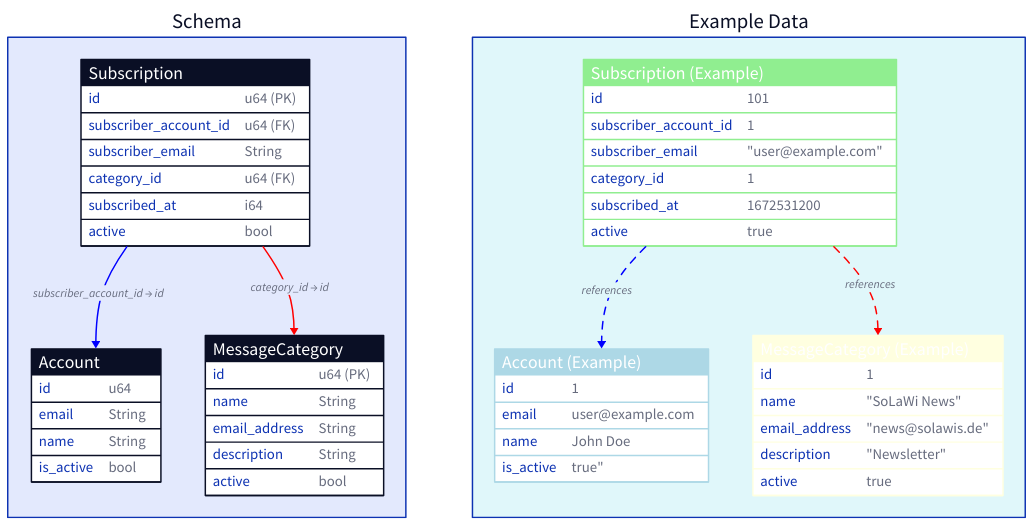
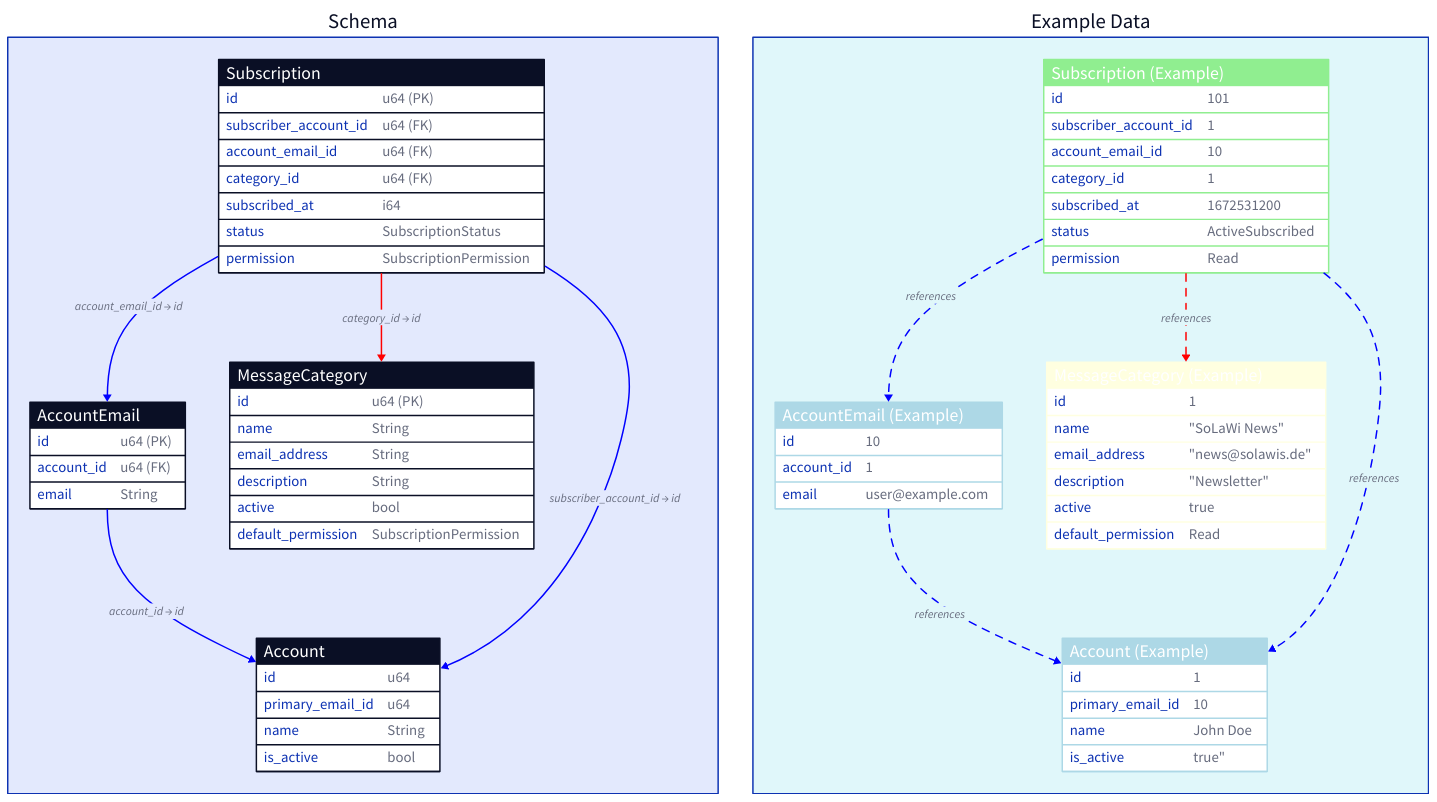
Before and after one commit to enaut/kommunikationszentrum: the diagram in docs/src/email/subscriptions-relationships.d2, drawn with D2. The commit also changed 94 other files, not shown here.

```diff
--- a/docs/src/email/subscriptions-relationships.d2
+++ b/docs/src/email/subscriptions-relationships.d2
@@ -1,75 +1,106 @@
 direction: down
 
 Schema: {
   account: "Account" {
     shape: sql_table
     id: u64
-    email: String
+    primary_email_id: u64
     name: String
     is_active: bool
+  }
+  account_emails: "AccountEmail" {
+    shape: sql_table
+    id: u64 (PK)
+    account_id: u64 (FK)
+    email: String
   }
   subscriptions: "Subscription" {
     shape: sql_table
     id: u64 (PK)
     subscriber_account_id: u64 (FK)
-    subscriber_email: String
+    account_email_id: u64 (FK)
     category_id: u64 (FK)
     subscribed_at: i64
-    active: bool
+    status: SubscriptionStatus
+    permission: SubscriptionPermission
   }
   categories: "MessageCategory" {
     shape: sql_table
     id: u64 (PK)
     name: String
     email_address: String
     description: String
     active: bool
+    default_permission: SubscriptionPermission
   }
 
+  account_emails.account_id -> account.id: "account_id → id" {
+    style.stroke: blue
+  }
   subscriptions.subscriber_account_id -> account.id: "subscriber_account_id → id" {
+    style.stroke: blue
+  }
+  subscriptions.account_email_id -> account_emails.id: "account_email_id → id" {
     style.stroke: blue
   }
   subscriptions.category_id -> categories.id: "category_id → id" {
     style.stroke: red
   }
 }
 
 example_data: "Example Data" {
   style.fill: "#e0f7fa"
   account_example: "Account (Example)" {
     shape: sql_table
     style.fill: lightblue
     id: 1
-    email: "user@example.com"
+    primary_email_id: 10
     name: "John Doe"
     is_active: true"
+  }
+  account_email_example: "AccountEmail (Example)" {
+    shape: sql_table
+    style.fill: lightblue
+    id: 10
+    account_id: 1
+    email: "user@example.com"
   }
   subscription_example: "Subscription (Example)" {
     style.fill: lightgreen
     shape: sql_table
     id: 101
     subscriber_account_id: 1
-    subscriber_email: \"user@example.com\"
+    account_email_id: 10
     category_id: 1
     subscribed_at: 1672531200
-    active: true
+    status: ActiveSubscribed
+    permission: Read
   }
   category_example: "MessageCategory (Example)" {
     shape: sql_table
     style.fill: lightyellow
     id: 1
     name: \"SoLaWi News\"
     email_address: \"news@solawis.de\"
     description: \"Newsletter\"
     active: true
+    default_permission: Read
   }
 
+  account_email_example.account_id -> account_example.id: "references" {
+    style.stroke: blue
+    style.stroke-dash: 5
+  }
   subscription_example.subscriber_account_id -> account_example.id: "references" {
+    style.stroke: blue
+    style.stroke-dash: 5
+  }
+  subscription_example.account_email_id -> account_email_example.id: "references" {
     style.stroke: blue
     style.stroke-dash: 5
   }
   subscription_example.category_id -> category_example.id: "references" {
     style.stroke: red
     style.stroke-dash: 5
   }
 }
```
